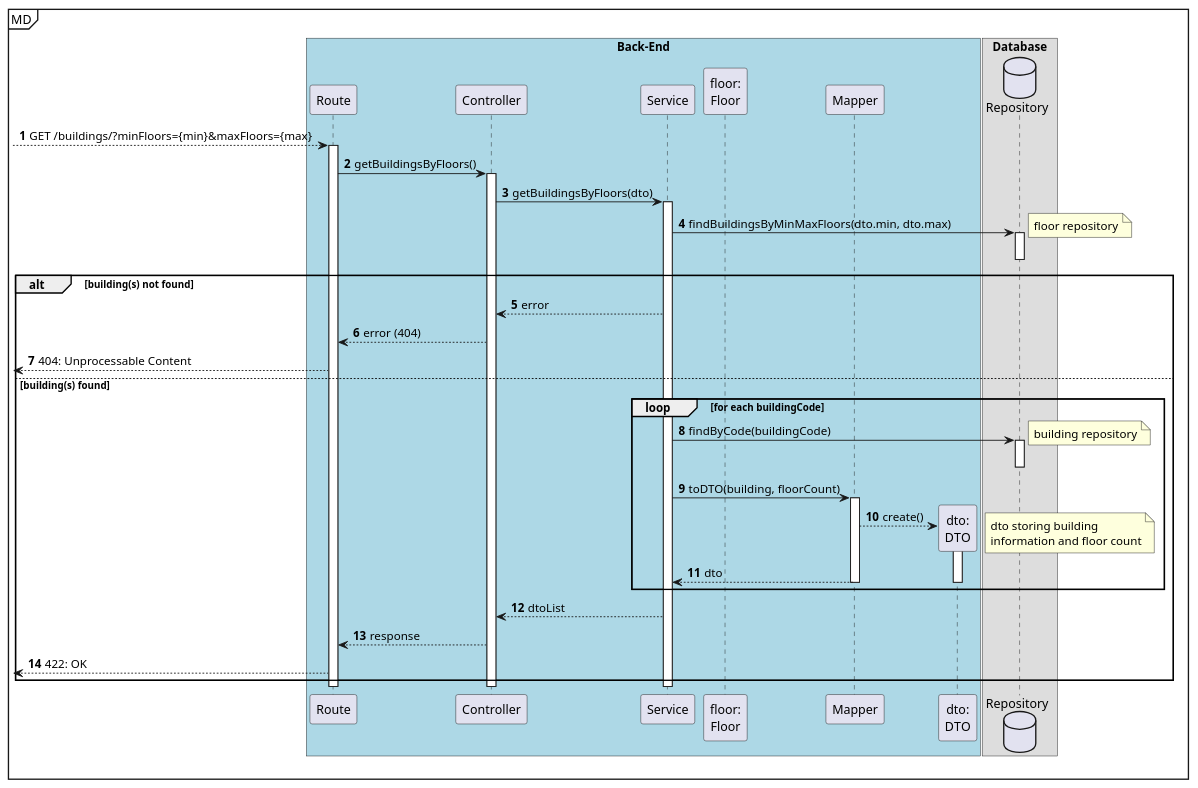
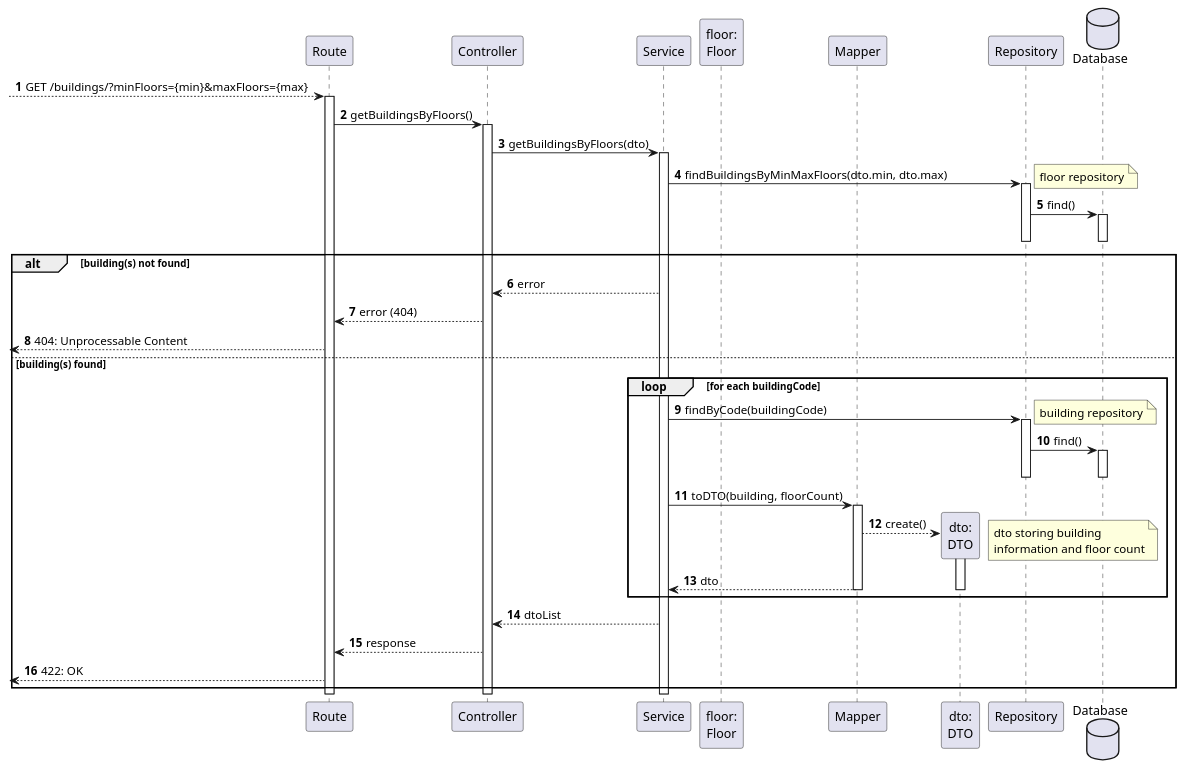
One commit to Departamento-de-Engenharia-Informatica/lapr5-23-24-g19 changed the diagram in docs/us180/level3/process-view.puml. Above: the diagram before and after it, drawn with PlantUML. The commit also changed 1 other file, not shown here.

Commit message:
docs(us180): represented the Database in level3 process view

```diff
--- a/docs/us180/level3/process-view.puml
+++ b/docs/us180/level3/process-view.puml
@@ -1,60 +1,62 @@
 @startuml
 autonumber
 
-mainframe MD
-box "Back-End" #LightBlue
 participant "Route" as r
 participant "Controller" as ctrl
 participant "Service" as svc
 
 participant "floor:\nFloor" as floor
 participant "Mapper" as map
 participant "dto:\nDTO" as dto
-end box
 
-box "Database"
-database "Repository" as repo
-end box
+participant "Repository" as repo
+database "Database" as db
 
 [--> r: GET /buildings/?minFloors={min}&maxFloors={max}
 activate r
     r -> ctrl : getBuildingsByFloors()
     activate ctrl
         ctrl -> svc : getBuildingsByFloors(dto)
         activate svc
             svc -> repo : findBuildingsByMinMaxFloors(dto.min, dto.max)
             activate repo
                 note right: floor repository
+                repo -> db : find()
+                activate db
+                deactivate db
             deactivate repo
 
             alt building(s) not found
                 svc --> ctrl : error
                 ctrl --> r : error (404)
                 [<--r : 404: Unprocessable Content
             else building(s) found
 
             loop for each buildingCode
                 svc -> repo : findByCode(buildingCode)
                 activate repo
                     note right : building repository
+                    repo -> db : find()
+                    activate db
+                    deactivate db
                 deactivate repo
 
                 svc -> map : toDTO(building, floorCount)
 
                 activate map
                     map --> dto** : create()
                     note right: dto storing building \ninformation and floor count
                     activate dto
                         map --> svc : dto
                     deactivate dto
                 deactivate map
             end loop
                 svc --> ctrl : dtoList
                 ctrl --> r : response
                 [<-- r : 422: OK
             end
         deactivate svc
     deactivate ctrl
 deactivate r
 
 @enduml
```
